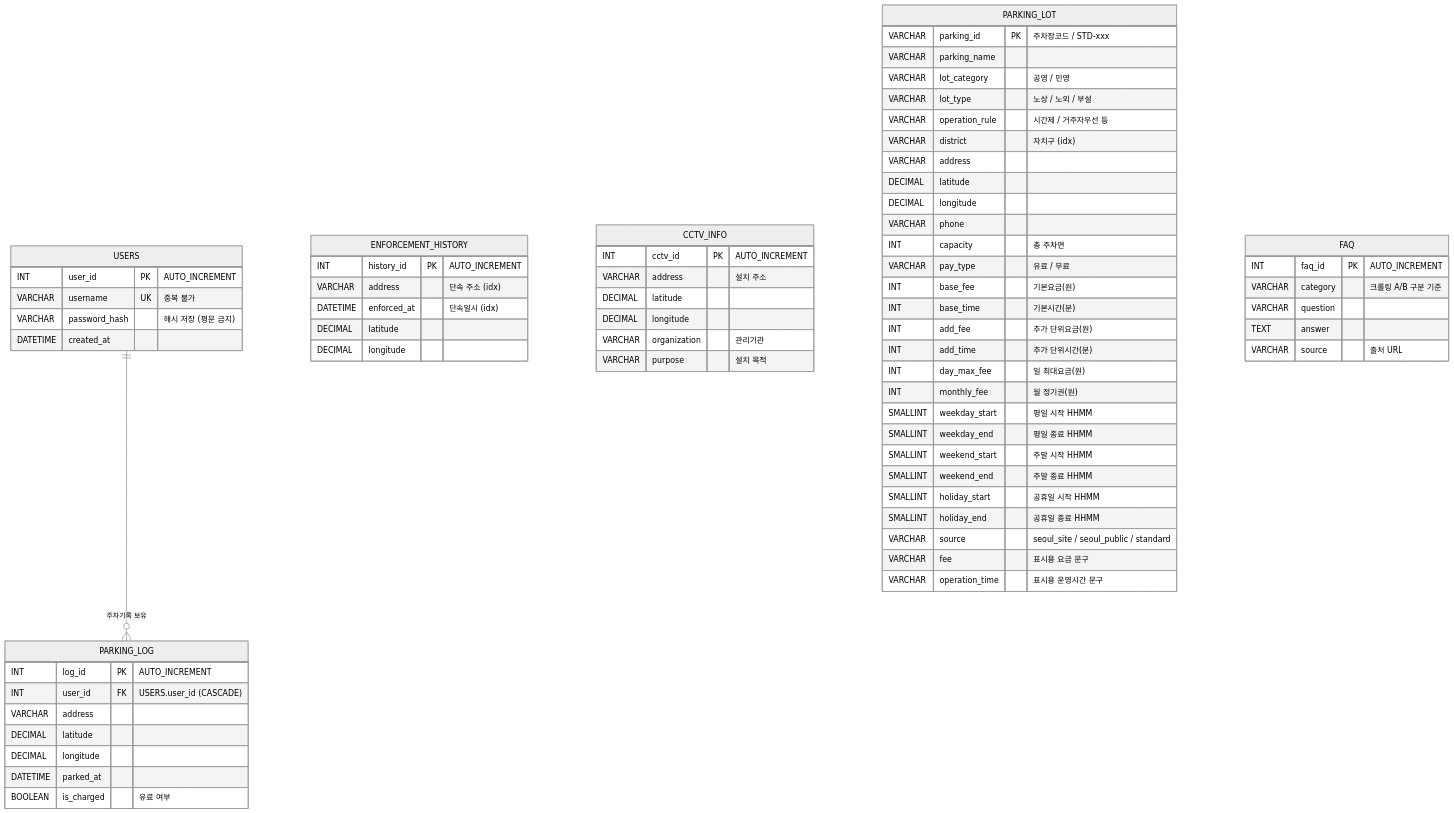
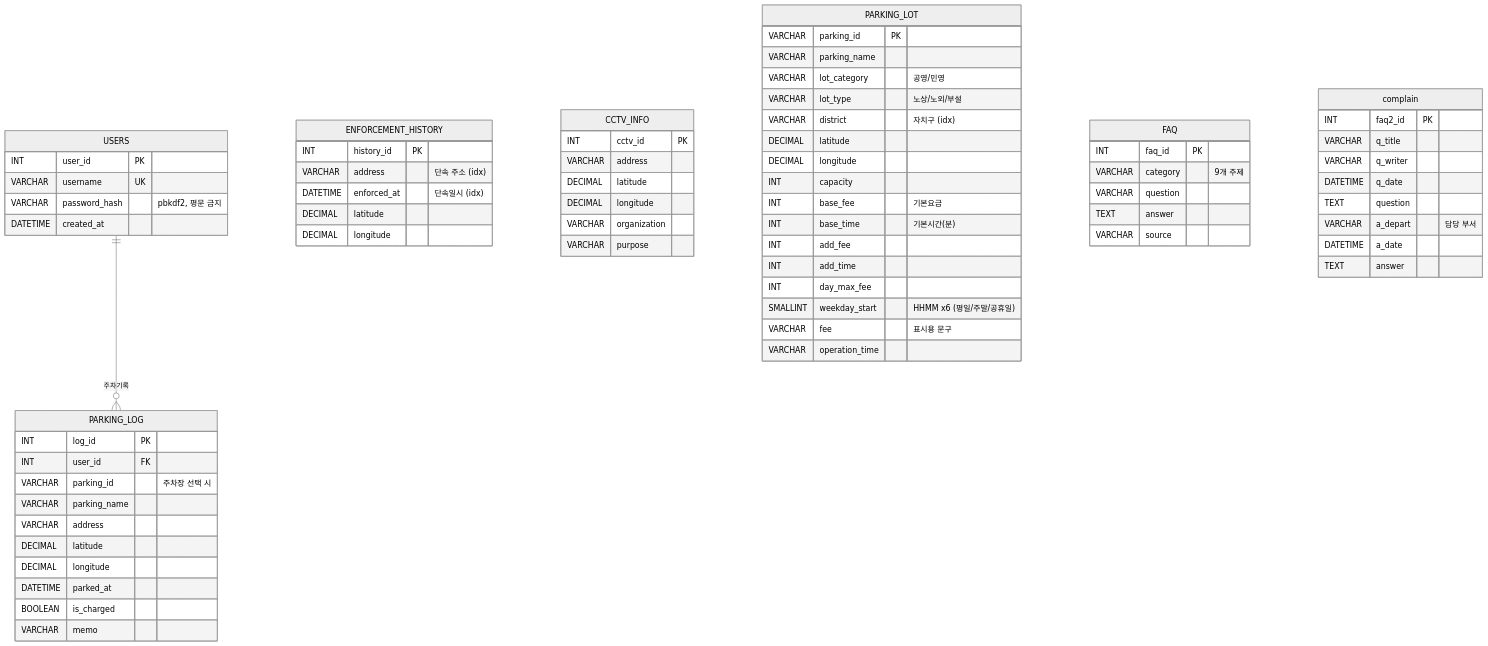
The diagram in README.md (SKNETWORKS-FAMILY-AICAMP/SKN35-1st-4Team), drawn with Mermaid (neutral theme) before and after one commit. The commit also changed other lines of this file and 6 other files, not shown here.

````diff
--- a/README.md
+++ b/README.md
@@ -64,81 +118,79 @@
 ```mermaid
 erDiagram
-    %% ============================================================
-    %% 주정차 제한 정보 조회 및 주변 주차장 안내 시스템 - ERD
-    %% GitHub README나 발표자료에 그대로 붙여넣으면 렌더링됩니다.
-    %% ============================================================
-
-    USERS ||--o{ PARKING_LOG : "주차기록 보유"
+    USERS ||--o{ PARKING_LOG : "주차기록"
 
     ENFORCEMENT_HISTORY {
-        INT history_id PK "AUTO_INCREMENT"
+        INT history_id PK
         VARCHAR address "단속 주소 (idx)"
         DATETIME enforced_at "단속일시 (idx)"
         DECIMAL latitude
         DECIMAL longitude
     }
 
     CCTV_INFO {
-        INT cctv_id PK "AUTO_INCREMENT"
-        VARCHAR address "설치 주소"
+        INT cctv_id PK
+        VARCHAR address
         DECIMAL latitude
         DECIMAL longitude
-        VARCHAR organization "관리기관"
-        VARCHAR purpose "설치 목적"
+        VARCHAR organization
+        VARCHAR purpose
     }
 
     PARKING_LOT {
-        VARCHAR parking_id PK "주차장코드 / STD-xxx"
+        VARCHAR parking_id PK
         VARCHAR parking_name
-        VARCHAR lot_category "공영 / 민영"
-        VARCHAR lot_type "노상 / 노외 / 부설"
-        VARCHAR operation_rule "시간제 / 거주자우선 등"
+        VARCHAR lot_category "공영/민영"
+        VARCHAR lot_type "노상/노외/부설"
         VARCHAR district "자치구 (idx)"
-        VARCHAR address
         DECIMAL latitude
         DECIMAL longitude
-        VARCHAR phone
-        INT capacity "총 주차면"
-        VARCHAR pay_type "유료 / 무료"
-        INT base_fee "기본요금(원)"
+        INT capacity
+        INT base_fee "기본요금"
         INT base_time "기본시간(분)"
-        INT add_fee "추가 단위요금(원)"
-        INT add_time "추가 단위시간(분)"
-        INT day_max_fee "일 최대요금(원)"
-        INT monthly_fee "월 정기권(원)"
-        SMALLINT weekday_start "평일 시작 HHMM"
-        SMALLINT weekday_end "평일 종료 HHMM"
-        SMALLINT weekend_start "주말 시작 HHMM"
-        SMALLINT weekend_end "주말 종료 HHMM"
-        SMALLINT holiday_start "공휴일 시작 HHMM"
-        SMALLINT holiday_end "공휴일 종료 HHMM"
-        VARCHAR source "seoul_site / seoul_public / standard"
-        VARCHAR fee "표시용 요금 문구"
-        VARCHAR operation_time "표시용 운영시간 문구"
+        INT add_fee
+        INT add_time
+        INT day_max_fee
+        SMALLINT weekday_start "HHMM x6 (평일/주말/공휴일)"
+        VARCHAR fee "표시용 문구"
+        VARCHAR operation_time
     }
 
     FAQ {
-        INT faq_id PK "AUTO_INCREMENT"
-        VARCHAR category "크롤링 A/B 구분 기준"
+        INT faq_id PK
+        VARCHAR category "9개 주제"
         VARCHAR question
         TEXT answer
-        VARCHAR source "출처 URL"
+        VARCHAR source
+    }
+
+    complain {
+        INT faq2_id PK
+        VARCHAR q_title
+        VARCHAR q_writer
+        DATETIME q_date
+        TEXT question
+        VARCHAR a_depart "담당 부서"
+        DATETIME a_date
+        TEXT answer
     }
 
     USERS {
-        INT user_id PK "AUTO_INCREMENT"
-        VARCHAR username UK "중복 불가"
-        VARCHAR password_hash "해시 저장 (평문 금지)"
+        INT user_id PK
+        VARCHAR username UK
+        VARCHAR password_hash "pbkdf2, 평문 금지"
         DATETIME created_at
     }
 
     PARKING_LOG {
-        INT log_id PK "AUTO_INCREMENT"
-        INT user_id FK "USERS.user_id (CASCADE)"
+        INT log_id PK
+        INT user_id FK
+        VARCHAR parking_id "주차장 선택 시"
+        VARCHAR parking_name
         VARCHAR address
         DECIMAL latitude
         DECIMAL longitude
         DATETIME parked_at
-        BOOLEAN is_charged "유료 여부"
+        BOOLEAN is_charged
+        VARCHAR memo
     }
 ```
````
